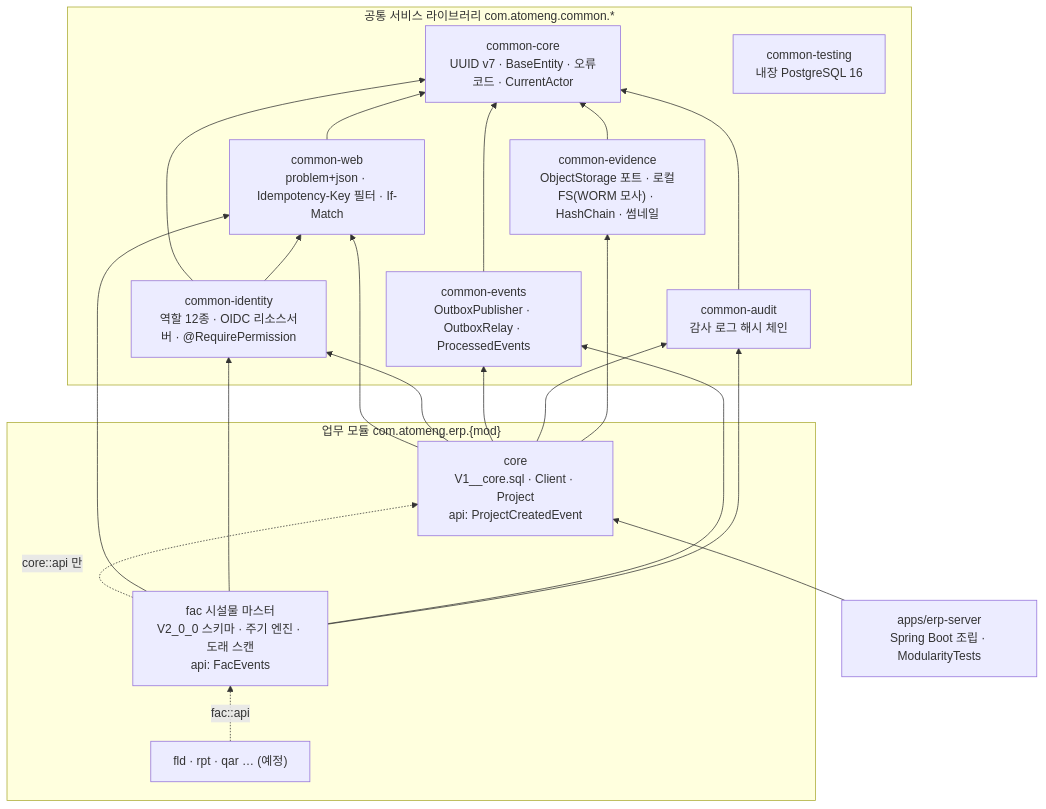
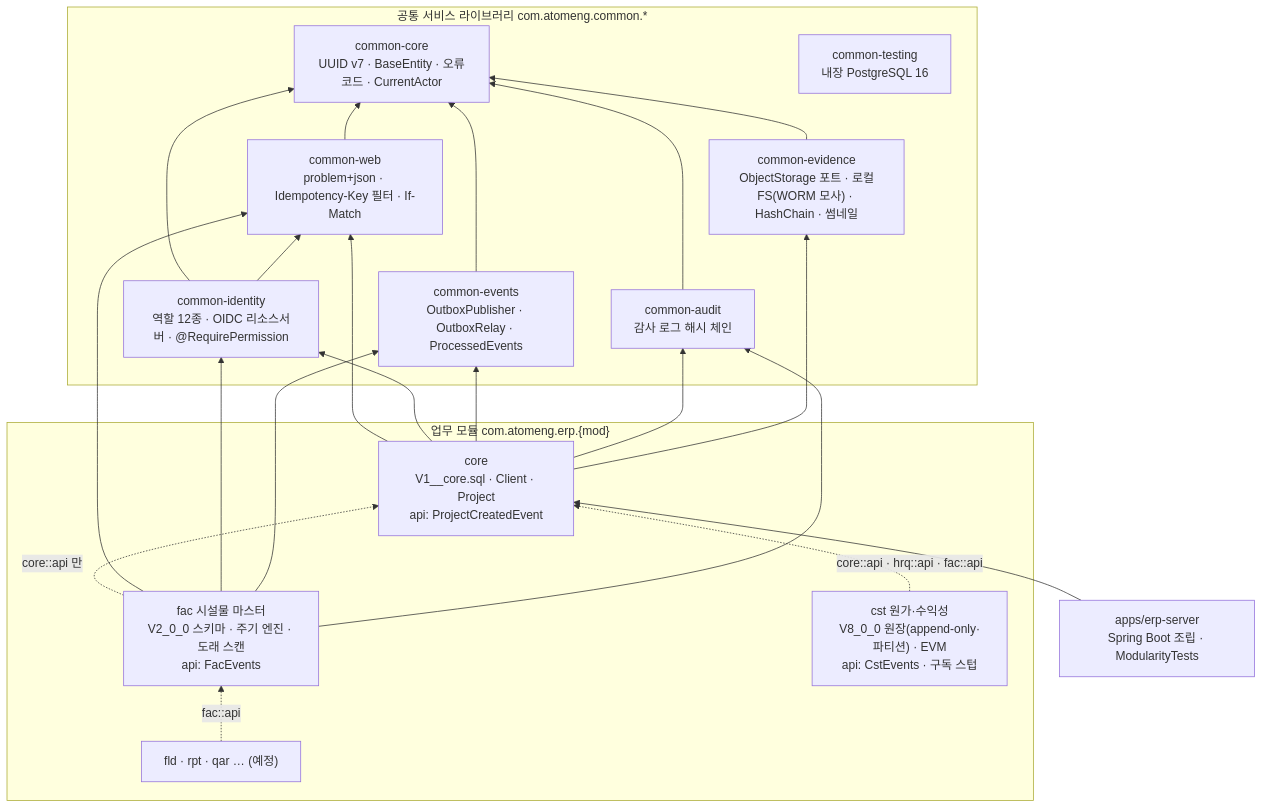
Before and after one commit to limpst/atom-erp: the diagram in README.md, drawn with Mermaid. The commit also changed other lines of this file and 41 other files, not shown here.

First line of the commit message:
feat(cst): 08 원가·수익성 첫 단계 — cst 스키마·append-only 원장·인건비 전기/정정 역분개·월 마감 대사·EVM

````diff
--- a/README.md
+++ b/README.md
@@ -41,29 +42,31 @@
 ```mermaid
 flowchart BT
   subgraph COMMON["공통 서비스 라이브러리 com.atomeng.common.*"]
     CC["common-core<br>UUID v7 · BaseEntity · 오류코드 · CurrentActor"]
     CW["common-web<br>problem+json · Idempotency-Key 필터 · If-Match"]
     CI["common-identity<br>역할 12종 · OIDC 리소스서버 · @RequirePermission"]
     CE["common-events<br>OutboxPublisher · OutboxRelay · ProcessedEvents"]
     CA["common-audit<br>감사 로그 해시 체인"]
     CT["common-testing<br>내장 PostgreSQL 16"]
     CV["common-evidence<br>ObjectStorage 포트 · 로컬FS(WORM 모사) · HashChain · 썸네일"]
   end
   subgraph MODS["업무 모듈 com.atomeng.erp.{mod}"]
     CORE["core<br>V1__core.sql · Client · Project<br>api: ProjectCreatedEvent"]
     FAC["fac 시설물 마스터<br>V2_0_0 스키마 · 주기 엔진 · 도래 스캔<br>api: FacEvents"]
+    CST["cst 원가·수익성<br>V8_0_0 원장(append-only·파티션) · EVM<br>api: CstEvents · 구독 스텁"]
     NEXT["fld · rpt · qar … (예정)"]
   end
   APP["apps/erp-server<br>Spring Boot 조립 · ModularityTests"]
   CW --> CC
   CI --> CC
   CI --> CW
   CE --> CC
   CA --> CC
   CV --> CC
   CORE --> CW & CI & CE & CA & CV
   FAC -. "core::api 만" .-> CORE
   FAC --> CW & CI & CE & CA
   NEXT -. "fac::api" .-> FAC
+  CST -. "core::api · hrq::api · fac::api" .-> CORE
   APP --> CORE
 ```
````
